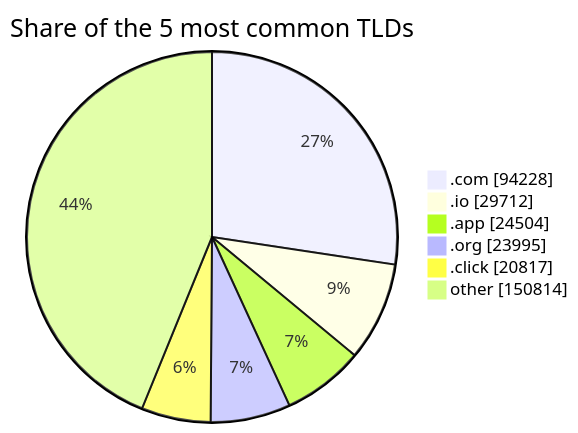
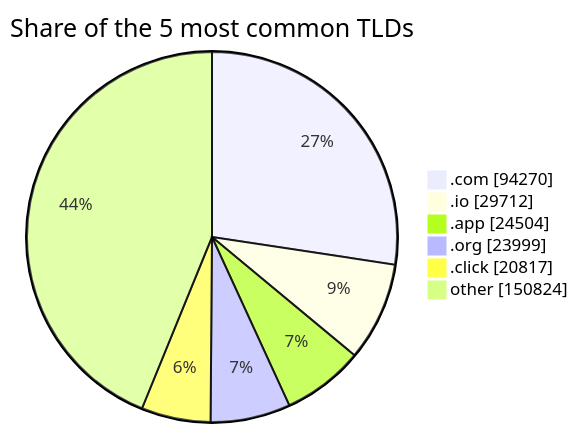
Before and after one commit to DNSBunker/CTI: the third of 3 diagrams in README.md, drawn with Mermaid. The commit also changed other lines of this file and 3 other files, not shown here.

````diff
--- a/README.md
+++ b/README.md
@@ -81,9 +81,9 @@
 ```mermaid
 pie showData title Share of the 5 most common TLDs
-    ".com" : 94228
+    ".com" : 94270
     ".io" : 29712
     ".app" : 24504
-    ".org" : 23995
+    ".org" : 23999
     ".click" : 20817
-    "other" : 150814
+    "other" : 150824
 ```
````
